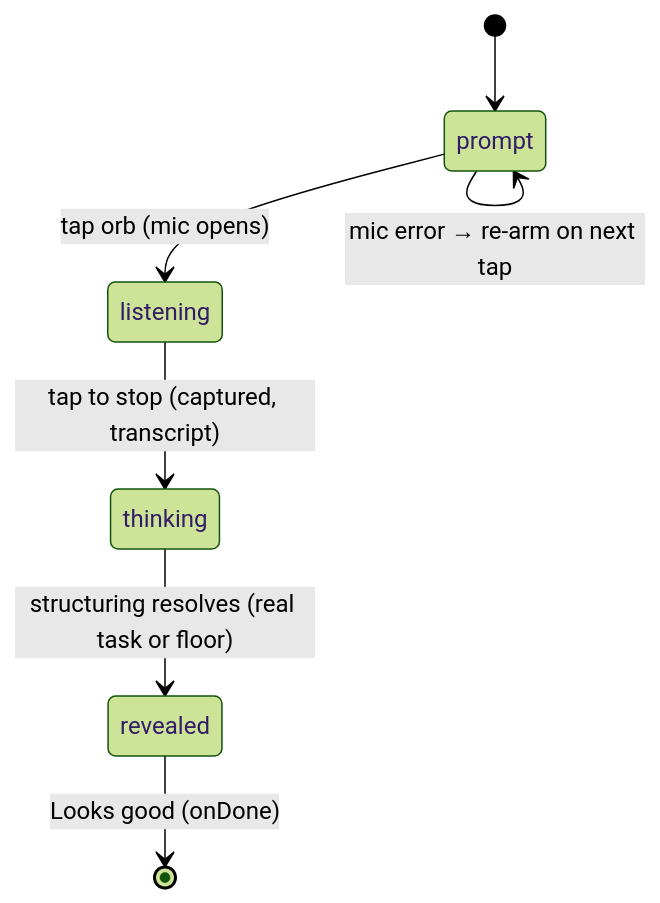
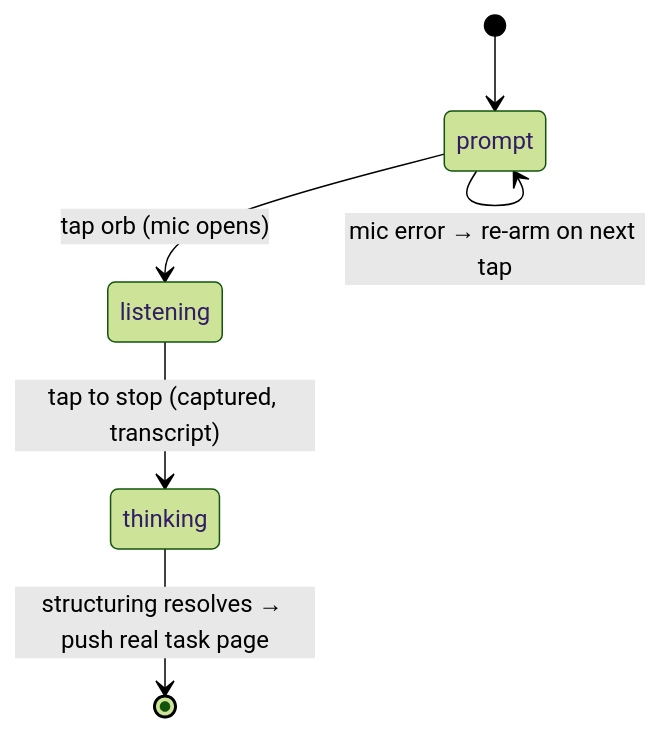
Before and after one commit to matthiasn/lotti: the fourth of 4 diagrams in lib/features/onboarding/README.md, drawn with Mermaid (forest theme). The commit also changed other lines of this file and 2 other files, not shown here.

First line of the commit message:
docs(onboarding): document the redesign (style picker + real-task payoff)

````diff
--- a/lib/features/onboarding/README.md
+++ b/lib/features/onboarding/README.md
@@ -168,9 +187,8 @@
 ```mermaid
 stateDiagram-v2
     [*] --> prompt
     prompt --> listening: tap orb (mic opens)
     listening --> thinking: tap to stop (captured, transcript)
     prompt --> prompt: mic error → re-arm on next tap
-    thinking --> revealed: structuring resolves (real task or floor)
-    revealed --> [*]: Looks good (onDone)
+    thinking --> [*]: structuring resolves → push real task page
 ```
````
